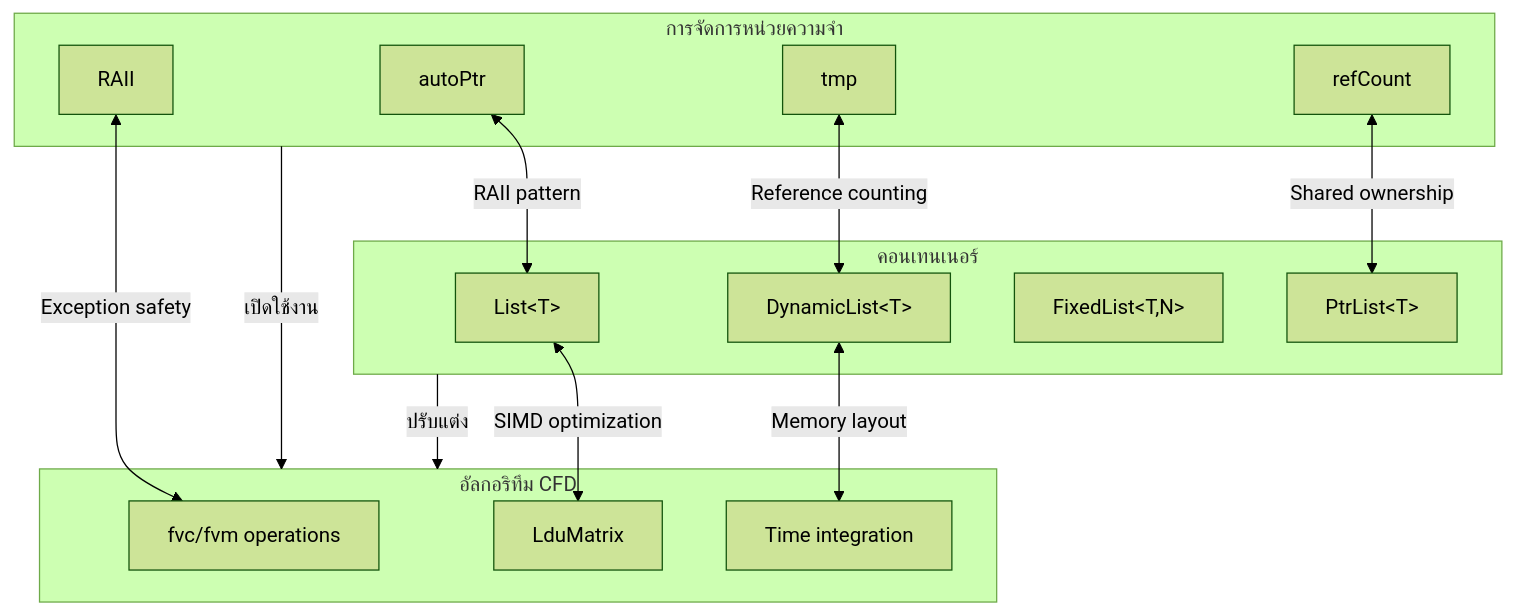
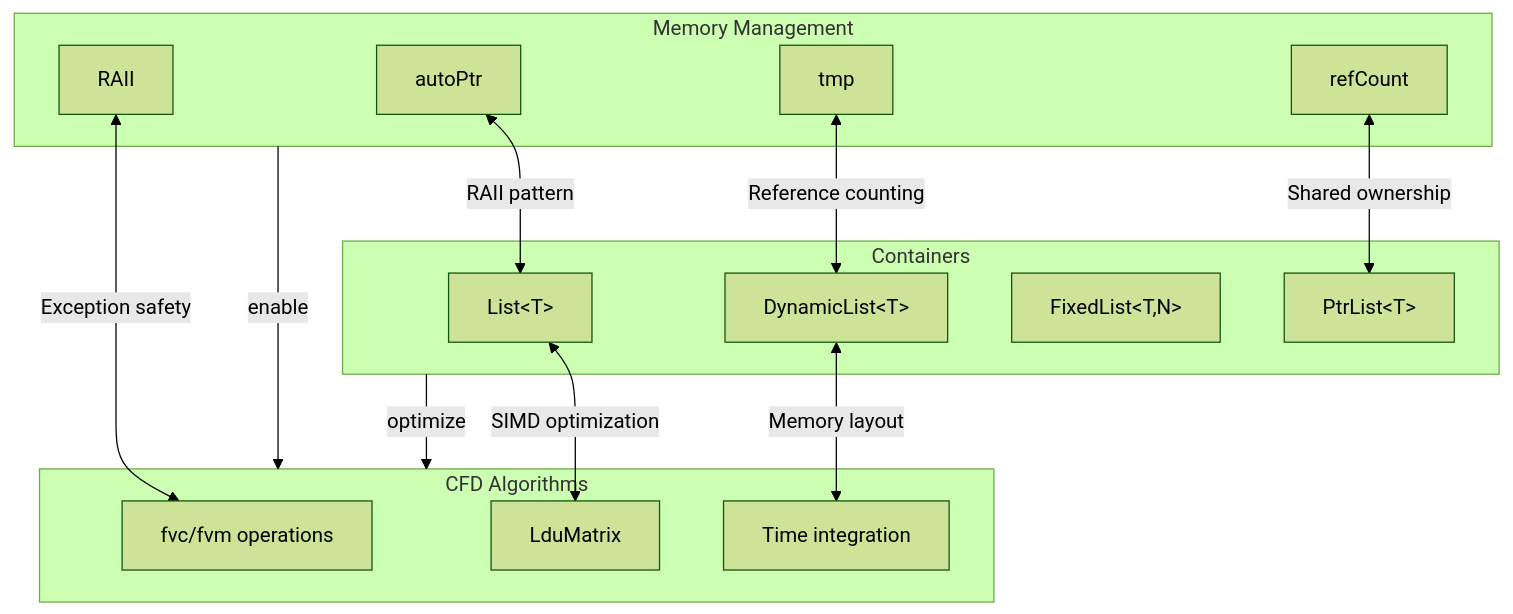
One commit to wramet/build-my-cfd changed the second of 3 diagrams in MODULE_05_OPENFOAM_PROGRAMMING/CONTENT/03_CONTAINERS_MEMORY/04_Integration_and_Best_Practices.md. Above: the diagram before and after it, drawn with Mermaid (forest theme). The commit also changed other lines of this file and 2996 other files, not shown here.

````diff
--- a/MODULE_05_OPENFOAM_PROGRAMMING/CONTENT/03_CONTAINERS_MEMORY/04_Integration_and_Best_Practices.md
+++ b/MODULE_05_OPENFOAM_PROGRAMMING/CONTENT/03_CONTAINERS_MEMORY/04_Integration_and_Best_Practices.md
@@ -85,32 +97,32 @@
 ```mermaid
 flowchart TB
-    subgraph MI["การจัดการหน่วยความจำ"]
+    subgraph MI["Memory Management"]
         M1[autoPtr]
         M2[tmp]
         M3[refCount]
         M4[RAII]
     end
 
-    subgraph CO["คอนเทนเนอร์"]
+    subgraph CO["Containers"]
         C1[List&lt;T&gt;]
         C2[DynamicList&lt;T&gt;]
         C3[FixedList&lt;T,N&gt;]
         C4[PtrList&lt;T&gt;]
     end
 
-    subgraph CF["อัลกอริทึม CFD"]
+    subgraph CF["CFD Algorithms"]
         A1[fvc/fvm operations]
         A2[LduMatrix]
         A3[Time integration]
     end
 
     M1 <-->|RAII pattern| C1
     M2 <-->|Reference counting| C2
     M3 <-->|Shared ownership| C4
     M4 <-->|Exception safety| A1
     C1 <-->|SIMD optimization| A2
     C2 <-->|Memory layout| A3
 
-    MI -->|เปิดใช้งาน| CF
-    CO -->|ปรับแต่ง| CF
+    MI -->|enable| CF
+    CO -->|optimize| CF
 ```
````
